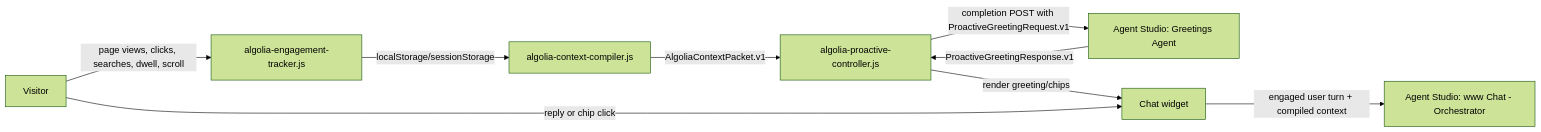
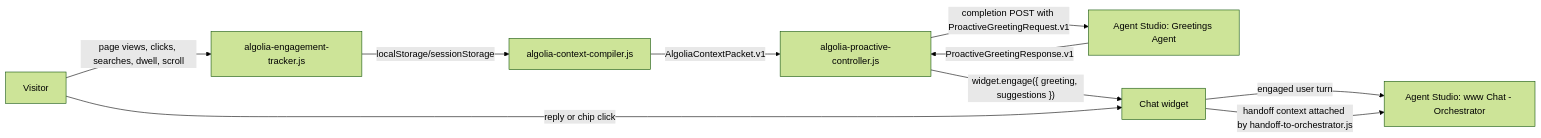
The diagram in docs/design/search-experience/discovery-engagement/ALGOLIA-PROACTIVE-GREETING-AGENT.md (arijitchowdhury80/content-engagement), drawn with Mermaid (forest theme) before and after one commit. The commit also changed other lines of this file and 47 other files, not shown here.

Commit message:
Add proactive greeting handoff flow

````diff
--- a/docs/design/search-experience/discovery-engagement/ALGOLIA-PROACTIVE-GREETING-AGENT.md
+++ b/docs/design/search-experience/discovery-engagement/ALGOLIA-PROACTIVE-GREETING-AGENT.md
@@ -13,19 +13,20 @@
 ```mermaid
 flowchart LR
   Visitor["Visitor"]
   Tracker["algolia-engagement-tracker.js"]
   Compiler["algolia-context-compiler.js"]
   Controller["algolia-proactive-controller.js"]
   GreetingAgent["Agent Studio: Greetings Agent"]
   Widget["Chat widget"]
   Orchestrator["Agent Studio: www Chat - Orchestrator"]
 
   Visitor -->|"page views, clicks, searches, dwell, scroll"| Tracker
   Tracker -->|"localStorage/sessionStorage"| Compiler
   Compiler -->|"AlgoliaContextPacket.v1"| Controller
   Controller -->|"completion POST with ProactiveGreetingRequest.v1"| GreetingAgent
   GreetingAgent -->|"ProactiveGreetingResponse.v1"| Controller
-  Controller -->|"render greeting/chips"| Widget
+  Controller -->|"widget.engage({ greeting, suggestions })"| Widget
   Visitor -->|"reply or chip click"| Widget
-  Widget -->|"engaged user turn + compiled context"| Orchestrator
+  Widget -->|"engaged user turn"| Orchestrator
+  Widget -->|"handoff context attached by handoff-to-orchestrator.js"| Orchestrator
 ```
````
